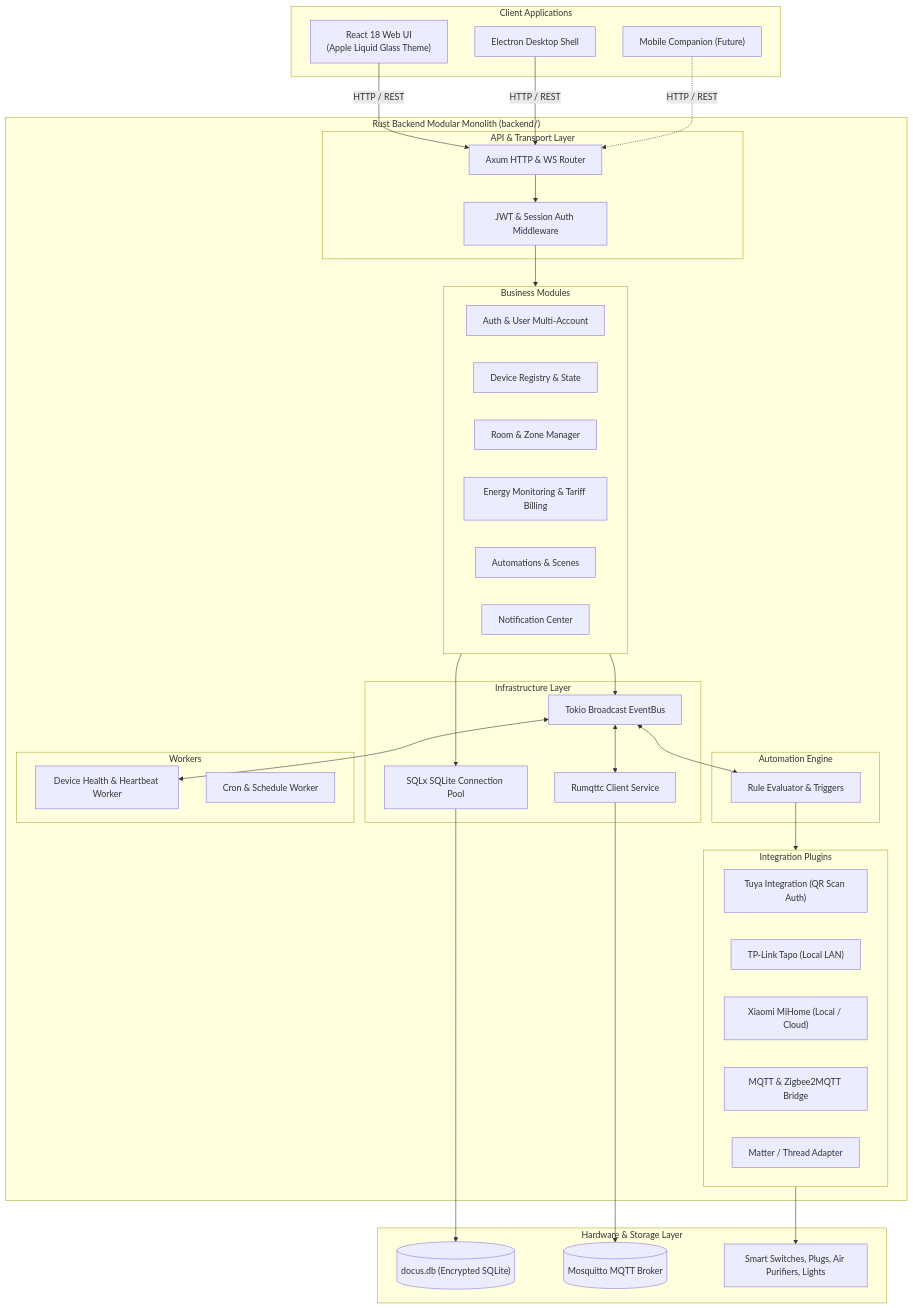
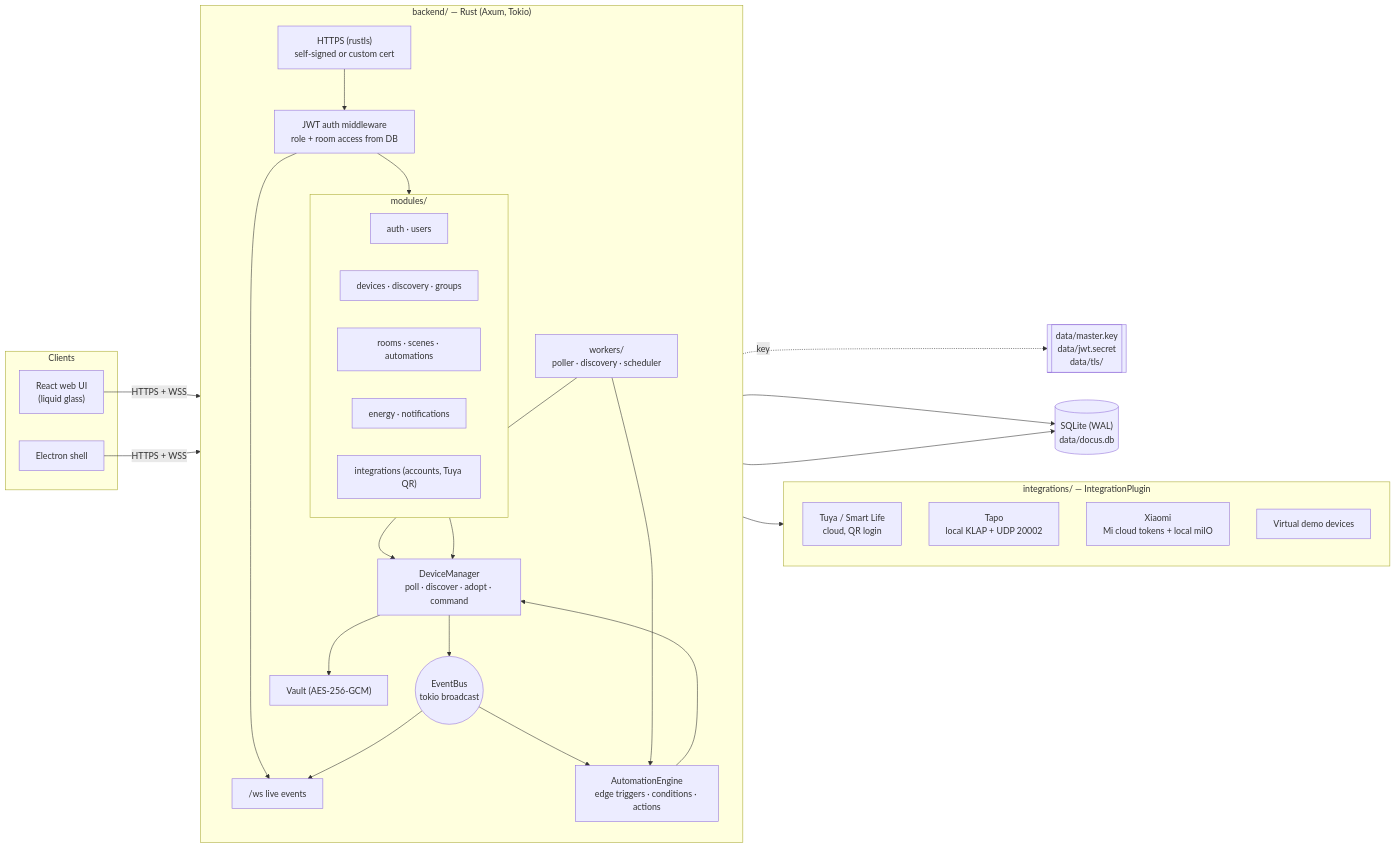
The first of 8 diagrams in development/docs/ARCHITECTURE.md (aiyu-ayaan/Domus), drawn with Mermaid before and after one commit. The commit also changed other lines of this file and 3 other files, not shown here.

Commit message:
docs(Architecture) : document integrations, discovery, security and UI architecture

````diff
--- a/development/docs/ARCHITECTURE.md
+++ b/development/docs/ARCHITECTURE.md
@@ -9,71 +10,50 @@
 ```mermaid
-flowchart TD
-    subgraph Clients ["Client Applications"]
-        WebClient["React 18 Web UI\n(Apple Liquid Glass Theme)"]
-        DesktopClient["Electron Desktop Shell"]
-        MobileClient["Mobile Companion (Future)"]
+flowchart LR
+    subgraph Clients
+        Web["React web UI<br/>(liquid glass)"]
+        Desk["Electron shell"]
     end
 
-    subgraph CoreBackend ["Rust Backend Modular Monolith (backend/)"]
-        subgraph Transport ["API & Transport Layer"]
-            Router["Axum HTTP & WS Router"]
-            AuthMW["JWT & Session Auth Middleware"]
+    subgraph Server["backend/ — Rust (Axum, Tokio)"]
+        direction TB
+        TLS["HTTPS (rustls)<br/>self-signed or custom cert"]
+        Auth["JWT auth middleware<br/>role + room access from DB"]
+        subgraph Modules["modules/"]
+            M1["auth · users"]
+            M2["devices · discovery · groups"]
+            M3["rooms · scenes · automations"]
+            M4["energy · notifications"]
+            M5["integrations (accounts, Tuya QR)"]
         end
-
-        subgraph CoreModules ["Business Modules"]
-            AuthMod["Auth & User Multi-Account"]
-            DeviceMod["Device Registry & State"]
-            RoomMod["Room & Zone Manager"]
-            EnergyMod["Energy Monitoring & Tariff Billing"]
-            AutoMod["Automations & Scenes"]
-            NotifyMod["Notification Center"]
-        end
-
-        subgraph Engine ["Automation Engine"]
-            AutoEngine["Rule Evaluator & Triggers"]
-        end
-
-        subgraph Infra ["Infrastructure Layer"]
-            EventBus["Tokio Broadcast EventBus"]
-            DBPool["SQLx SQLite Connection Pool"]
-            MqttService["Rumqttc Client Service"]
-        end
-
-        subgraph BackgroundWorkers ["Workers"]
-            DeviceWorker["Device Health & Heartbeat Worker"]
-            ScheduleWorker["Cron & Schedule Worker"]
-        end
-
-        subgraph Plugins ["Integration Plugins"]
-            TuyaPlug["Tuya Integration (QR Scan Auth)"]
-            TapoPlug["TP-Link Tapo (Local LAN)"]
-            XiaomiPlug["Xiaomi MiHome (Local / Cloud)"]
-            MqttPlug["MQTT & Zigbee2MQTT Bridge"]
-            MatterPlug["Matter / Thread Adapter"]
-        end
+        WS["/ws live events"]
+        Mgr["DeviceManager<br/>poll · discover · adopt · command"]
+        Engine["AutomationEngine<br/>edge triggers · conditions · actions"]
+        Bus(("EventBus<br/>tokio broadcast"))
+        Workers["workers/<br/>poller · discovery · scheduler"]
+        Vault["Vault (AES-256-GCM)"]
     end
 
-    subgraph External ["Hardware & Storage Layer"]
-        SQLiteFile[("docus.db (Encrypted SQLite)")]
-        MqttBroker[("Mosquitto MQTT Broker")]
-        SmartDevices["Smart Switches, Plugs, Air Purifiers, Lights"]
+    subgraph Plugins["integrations/ — IntegrationPlugin"]
+        Tuya["Tuya / Smart Life<br/>cloud, QR login"]
+        Tapo["Tapo<br/>local KLAP + UDP 20002"]
+        Xiaomi["Xiaomi<br/>Mi cloud tokens + local miIO"]
+        Virtual["Virtual demo devices"]
     end
 
-    WebClient -->|HTTP / REST| Router
-    DesktopClient -->|HTTP / REST| Router
-    MobileClient -.->|HTTP / REST| Router
+    DB[("SQLite (WAL)<br/>data/docus.db")]
+    Key[["data/master.key<br/>data/jwt.secret<br/>data/tls/"]]
 
-    Router --> AuthMW
-    AuthMW --> CoreModules
-
-    CoreModules --> DBPool
-    CoreModules --> EventBus
-    EventBus <--> AutoEngine
-    EventBus <--> MqttService
-    EventBus <--> DeviceWorker
-
-    AutoEngine --> Plugins
-    Plugins --> SmartDevices
-    MqttService --> MqttBroker
-    DBPool --> SQLiteFile
+    Web & Desk -->|HTTPS + WSS| TLS --> Auth --> Modules
+    Auth --> WS
+    Modules --> Mgr
+    Modules --> DB
+    Mgr --> Plugins
+    Mgr --> Bus
+    Mgr --> Vault
+    Vault -.key.-> Key
+    Bus --> Engine --> Mgr
+    Bus --> WS
+    Workers --> Mgr
+    Workers --> Engine
+    Mgr --> DB
 ```
````
